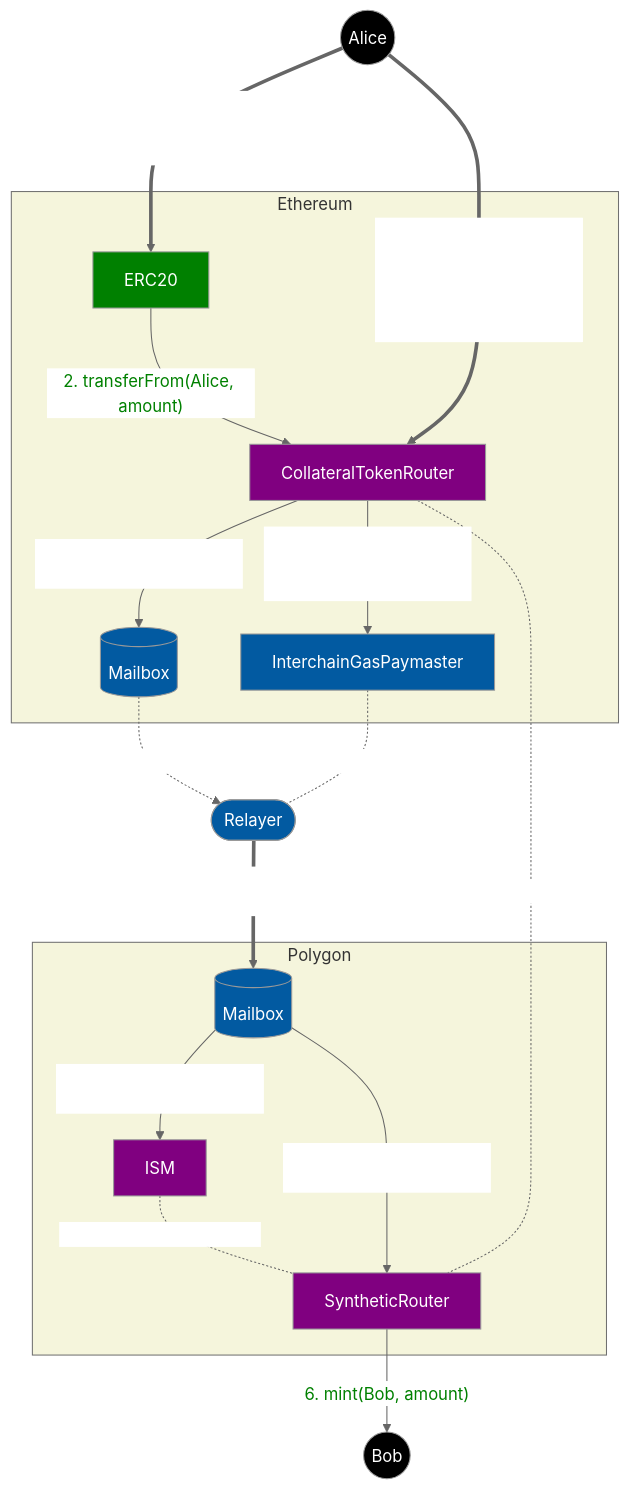
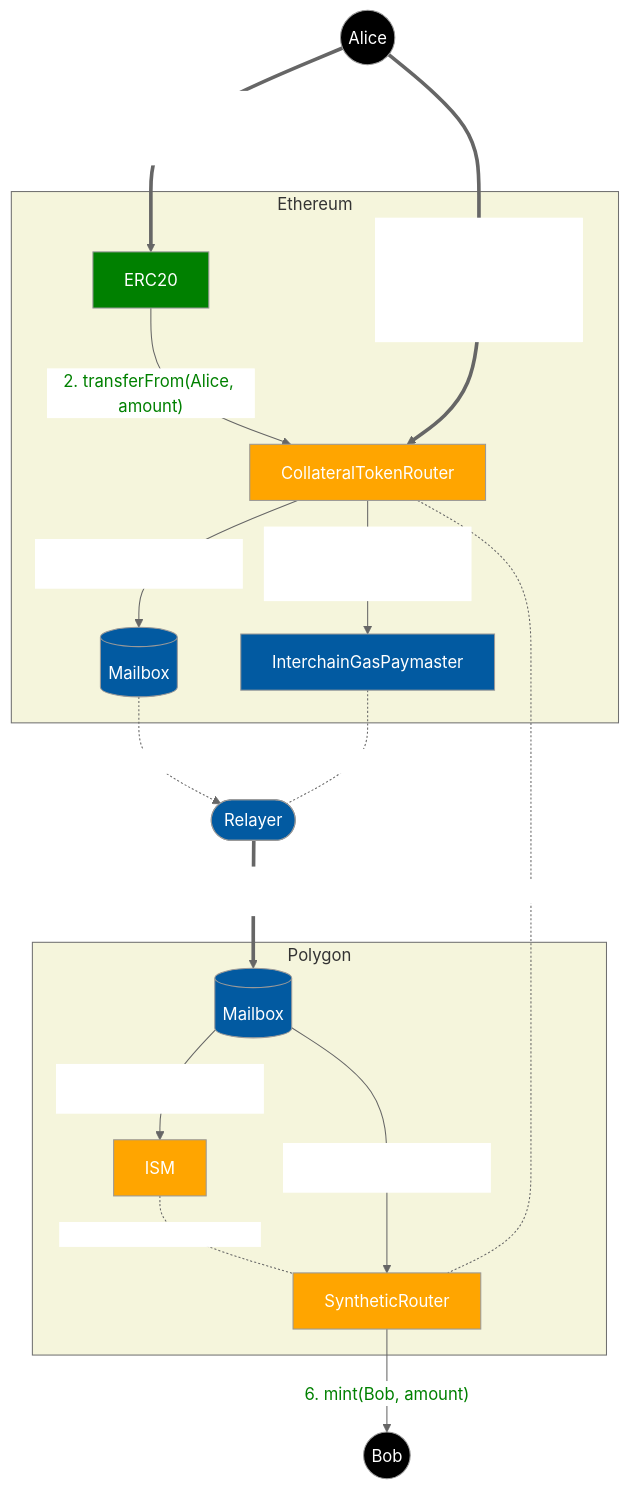
One commit to hyperlane-xyz/hyperlane-token changed the third of 4 diagrams in README.md. Above: the diagram before and after it, drawn with Mermaid. The commit also changed other lines of this file, not shown here.

````diff
--- a/README.md
+++ b/README.md
@@ -112,56 +112,56 @@
 ```mermaid
 %%{ init: {
   "theme": "neutral",
   "themeVariables": {
     "mainBkg": "#025AA1",
     "textColor": "white",
     "clusterBkg": "beige"
   },
   "themeCSS": ".edgeLabel { color: black }"
 }}%%
 
 graph TB
     Alice((Alice))
     Bob((Bob))
     style Alice fill:black
     style Bob fill:black
 
     Relayer([Relayer])
 
     subgraph "Ethereum"
         Token_E[ERC20]
         style Token_E fill:green
         HYP_E[CollateralTokenRouter]
         IGP_E[InterchainGasPaymaster]
-        style HYP_E fill:purple
+        style HYP_E fill:orange
         Mailbox_E[(Mailbox)]
     end
 
     Alice == "0. approve(CollateralTokenRouter, infinity)" ==> Token_E
     Alice == "1. transferRemote(Polygon, Bob, amount)\n{value: interchainGasPayment}" ==> HYP_E
     Token_E -- "2. transferFrom(Alice, amount)" --> HYP_E
     linkStyle 2 color:green;
     HYP_E -- "3. id = dispatch(Polygon, (Bob, amount))" --> Mailbox_E
 
     HYP_E -- "4. payForGas(id)\n{value: interchainGasPayment}" --> IGP_E
     IGP_E -. "paymaster" .- Relayer
     
     subgraph "Polygon"
         ISM_P[ISM]
-        style ISM_P fill:purple
+        style ISM_P fill:orange
         HYP_P[SyntheticRouter]
-        style HYP_P fill:purple
+        style HYP_P fill:orange
         Mailbox_P[(Mailbox)]
     end
 
     Mailbox_E -. "indexing" .-> Relayer
 
     Relayer == "4. process(Ethereum, (Bob, amount))" ==> Mailbox_P
     Mailbox_P -- "4. verify(Ethereum, (Bob, amount))" --> ISM_P
     Mailbox_P -- "5. handle(Ethereum, (Bob, amount))" --> HYP_P
 
     HYP_E -. "router" .- HYP_P
     ISM_P -. "interchainSecurityModule" .- HYP_P
     HYP_P -- "6. mint(Bob, amount)" --> Bob
     linkStyle 12 color:green;
 ```
````
